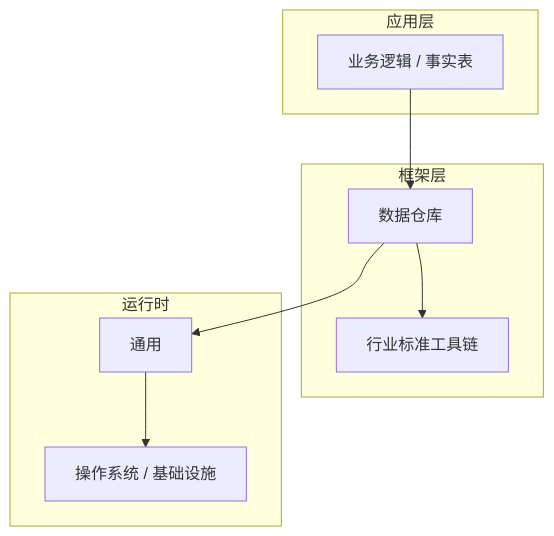
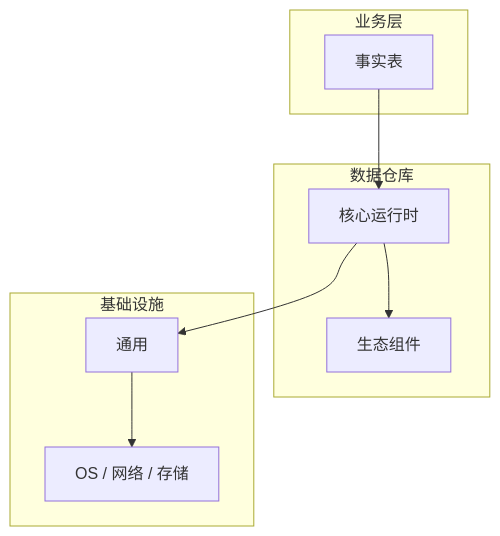
Before and after one commit to yanggan2015/knowledge-json-v2: the diagram in articles/数据仓库/chapters/019-事实表核心概念与原理.md, drawn with Mermaid. The commit also changed other lines of this file and 10127 other files, not shown here.

````diff
--- a/articles/数据仓库/chapters/019-事实表核心概念与原理.md
+++ b/articles/数据仓库/chapters/019-事实表核心概念与原理.md
@@ -45,18 +34,18 @@
 ```mermaid
 graph TB
-    subgraph 应用层
-        A[业务逻辑 / 事实表]
+    subgraph 业务层
+        A[事实表]
     end
-    subgraph 框架层
-        B[数据仓库]
-        C[行业标准工具链]
+    subgraph 数据仓库
+        B[核心运行时]
+        C[生态组件]
     end
-    subgraph 运行时
+    subgraph 基础设施
         D[通用]
-        E[操作系统 / 基础设施]
+        E[OS / 网络 / 存储]
     end
     A --> B
     B --> C
     B --> D
     D --> E
 ```
````
